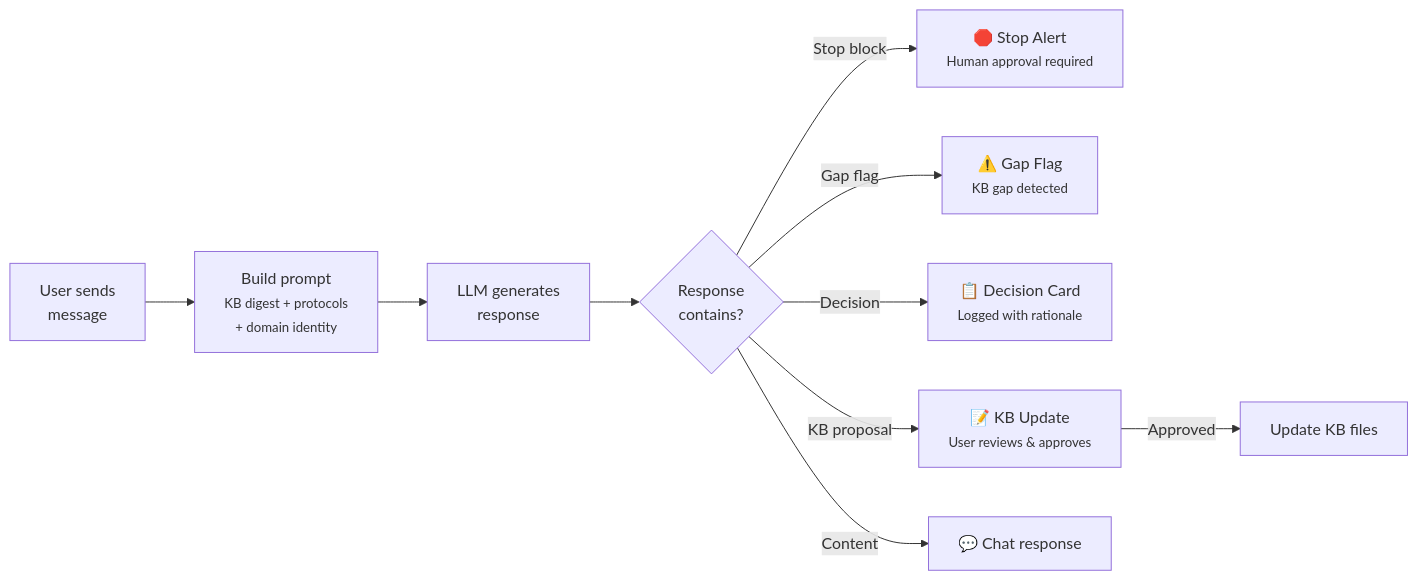
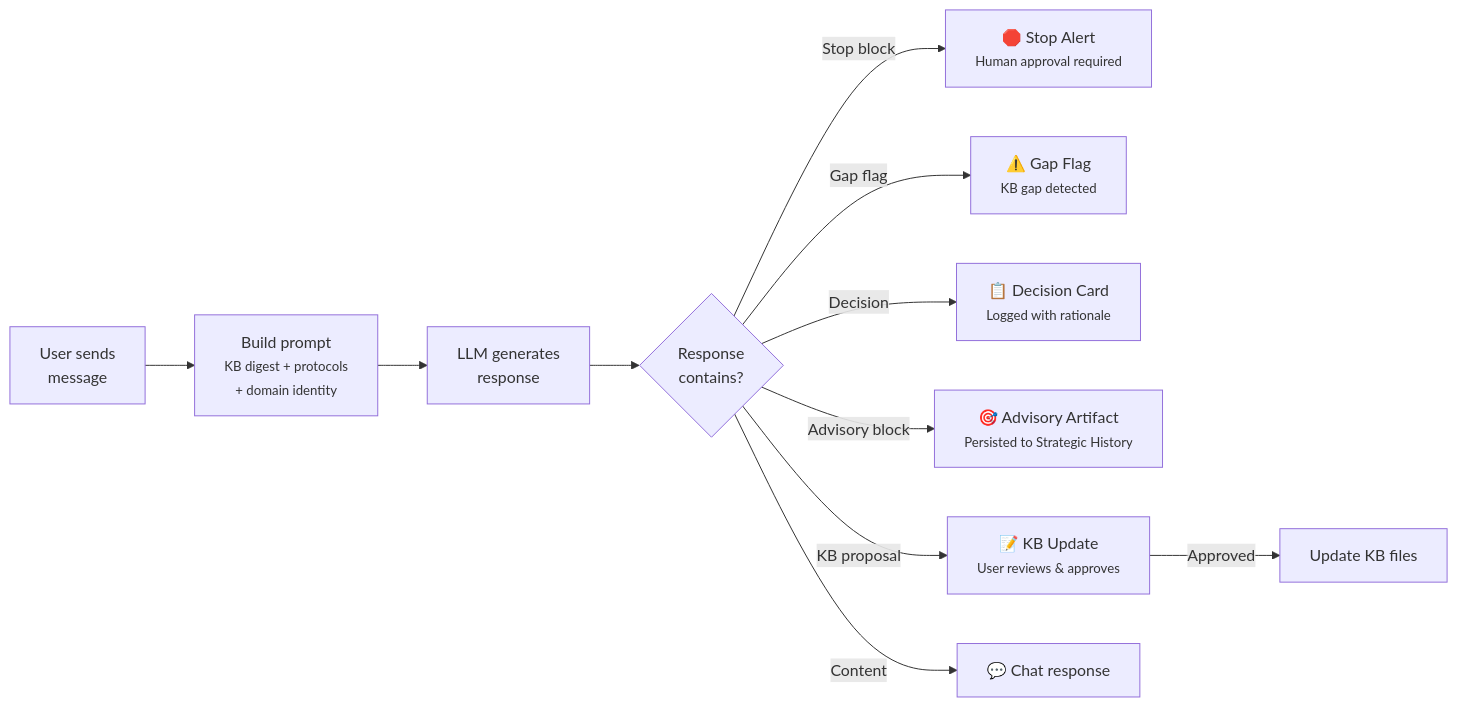
The second of 3 diagrams in README.md (quiet-coder-io/DomainOS), drawn with Mermaid before and after one commit. The commit also changed other lines of this file and 1 other file, not shown here.

First line of the commit message:
docs: update README and CLAUDE.md with strategic advisory system

````diff
--- a/README.md
+++ b/README.md
@@ -155,12 +165,13 @@
 ```mermaid
 flowchart LR
     A["User sends<br/>message"] --> B["Build prompt<br/><small>KB digest + protocols<br/>+ domain identity</small>"]
     B --> C["LLM generates<br/>response"]
     C --> D{Response<br/>contains?}
     D -- "Stop block" --> E["🛑 Stop Alert<br/><small>Human approval required</small>"]
     D -- "Gap flag" --> F["⚠️ Gap Flag<br/><small>KB gap detected</small>"]
     D -- "Decision" --> G["📋 Decision Card<br/><small>Logged with rationale</small>"]
+    D -- "Advisory block" --> G2["🎯 Advisory Artifact<br/><small>Persisted to Strategic History</small>"]
     D -- "KB proposal" --> H["📝 KB Update<br/><small>User reviews & approves</small>"]
     D -- "Content" --> I["💬 Chat response"]
     H -- "Approved" --> J["Update KB files"]
 ```
````
